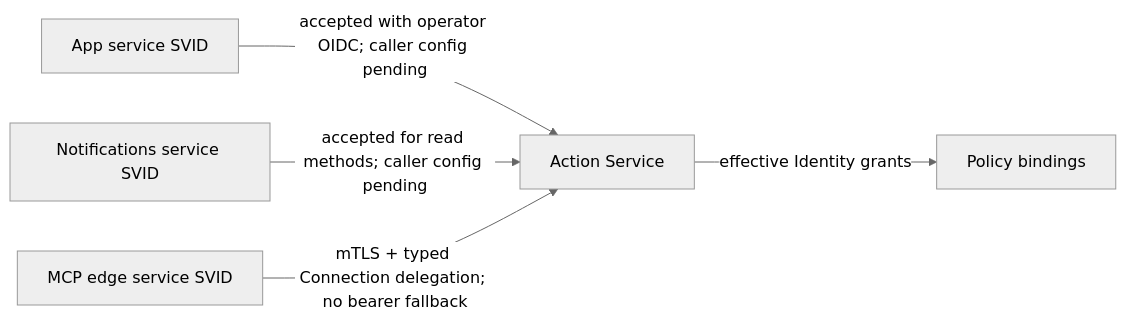
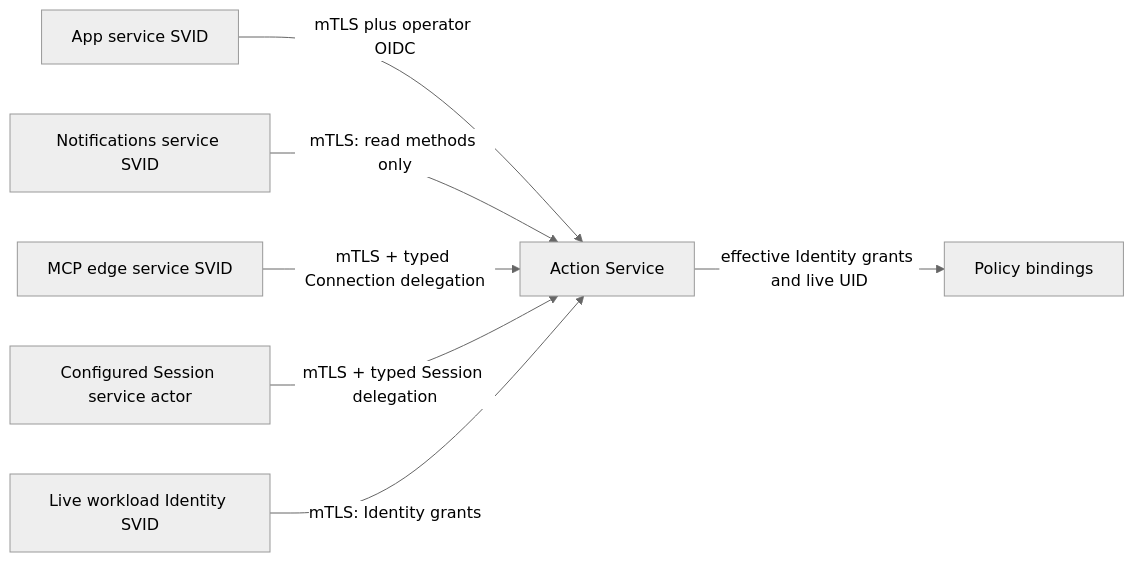
Before and after one commit to agentydragon/ducktape: diagram 13 of 18 in agentplane/docs/system_overview.md, drawn with Mermaid (neutral theme). The commit also changed other lines of this file and 2 other files, not shown here.

Commit message:
Document Actions certificate-only receiver and cleanup dates

````diff
--- a/agentplane/docs/system_overview.md
+++ b/agentplane/docs/system_overview.md
@@ -773,7 +774,9 @@
 ```mermaid
 flowchart LR
-    app[App service SVID] -->|accepted with operator OIDC; caller config pending| actions[Action Service]
-    notifications[Notifications service SVID] -->|accepted for read methods; caller config pending| actions
-    mcp[MCP edge service SVID] -->|mTLS + typed Connection delegation; no bearer fallback| actions
-    actions -->|effective Identity grants| policy[Policy bindings]
+    app[App service SVID] -->|mTLS plus operator OIDC| actions[Action Service]
+    notifications[Notifications service SVID] -->|mTLS: read methods only| actions
+    mcp[MCP edge service SVID] -->|mTLS + typed Connection delegation| actions
+    session[Configured Session service actor] -->|mTLS + typed Session delegation| actions
+    workload[Live workload Identity SVID] -->|mTLS: Identity grants| actions
+    actions -->|effective Identity grants and live UID| policy[Policy bindings]
 ```
````
